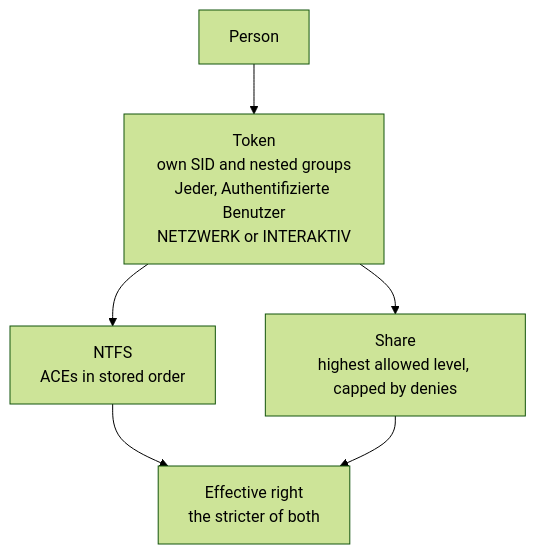
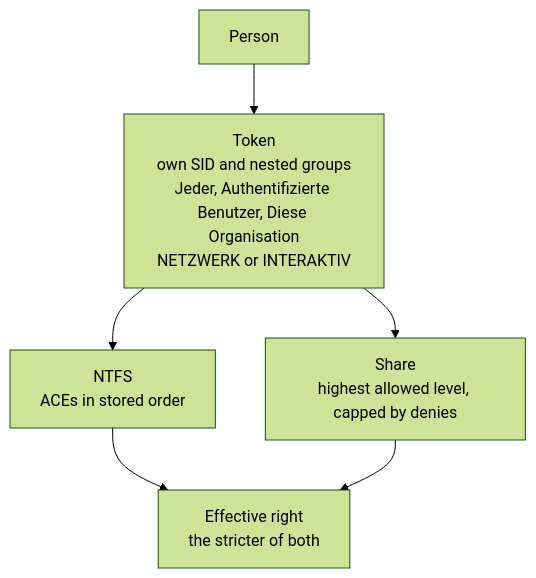
Before and after one commit to ict-baden/zutritt: the second of 2 diagrams in docs/how-it-works.md, drawn with Mermaid (forest theme). The commit also changed other lines of this file and 13 other files, not shown here.

First line of the commit message:
DFS-Pfade mit der Zielfreigabe bewerten, „Diese Organisation“ im Token

````diff
--- a/docs/how-it-works.md
+++ b/docs/how-it-works.md
@@ -130,8 +132,8 @@
 ```mermaid
 flowchart TB
-    P["Person"] --> TK["Token<br>own SID and nested groups<br>Jeder, Authentifizierte Benutzer<br>NETZWERK or INTERAKTIV"]
+    P["Person"] --> TK["Token<br>own SID and nested groups<br>Jeder, Authentifizierte Benutzer, Diese Organisation<br>NETZWERK or INTERAKTIV"]
     TK --> N["NTFS<br>ACEs in stored order"]
     TK --> S["Share<br>highest allowed level, capped by denies"]
     N --> E["Effective right<br>the stricter of both"]
     S --> E
 ```
````
